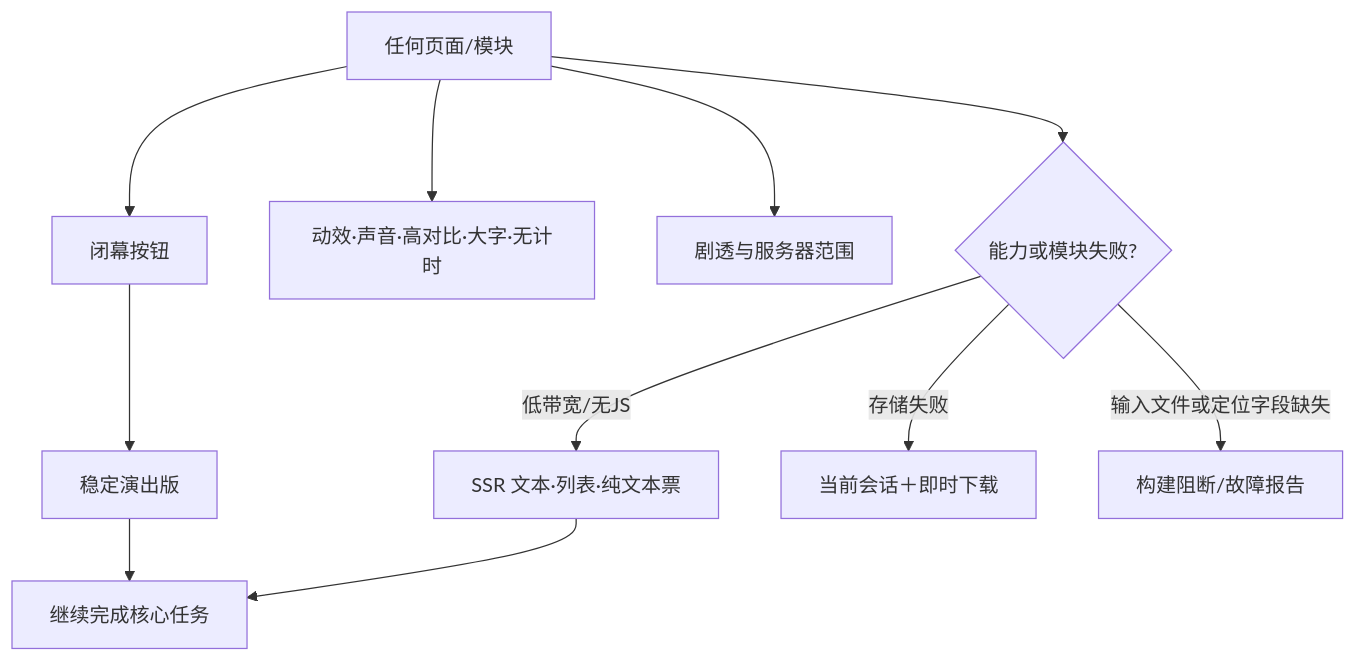
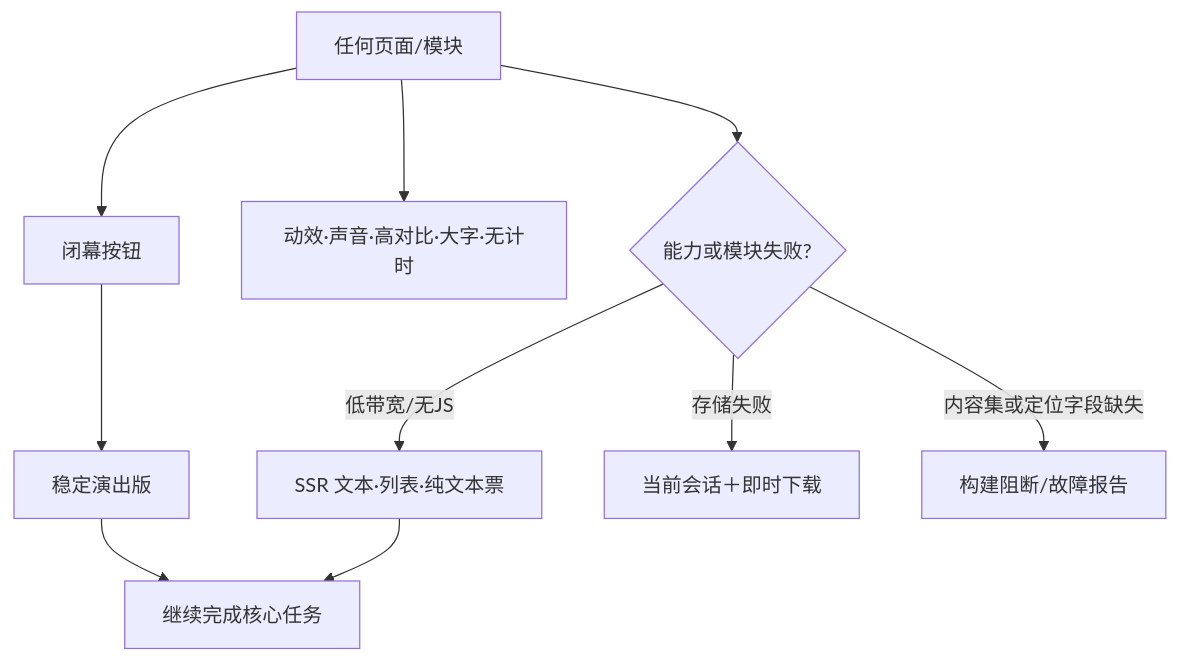
The diagram in docs/blueprint/03_journeys/maps/10_安全无障碍与故障恢复.mmd (Selloryebir/crimson_troupe), drawn with Mermaid before and after one commit. The commit also changed 41 other files, not shown here.

```diff
--- a/docs/blueprint/03_journeys/maps/10_安全无障碍与故障恢复.mmd
+++ b/docs/blueprint/03_journeys/maps/10_安全无障碍与故障恢复.mmd
@@ -1,11 +1,10 @@
 flowchart TD
   Any[任何页面/模块] --> Close[闭幕按钮]
   Close --> Stable[稳定演出版]
   Any --> Access[动效·声音·高对比·大字·无计时]
-  Any --> Spoiler[剧透与服务器范围]
   Any --> Failure{能力或模块失败?}
   Failure -->|低带宽/无JS| Text[SSR 文本·列表·纯文本票]
   Failure -->|存储失败| Session[当前会话＋即时下载]
-  Failure -->|输入文件或定位字段缺失| Block[构建阻断/故障报告]
+  Failure -->|内容集或定位字段缺失| Block[构建阻断/故障报告]
   Text --> Task[继续完成核心任务]
   Stable --> Task
```
